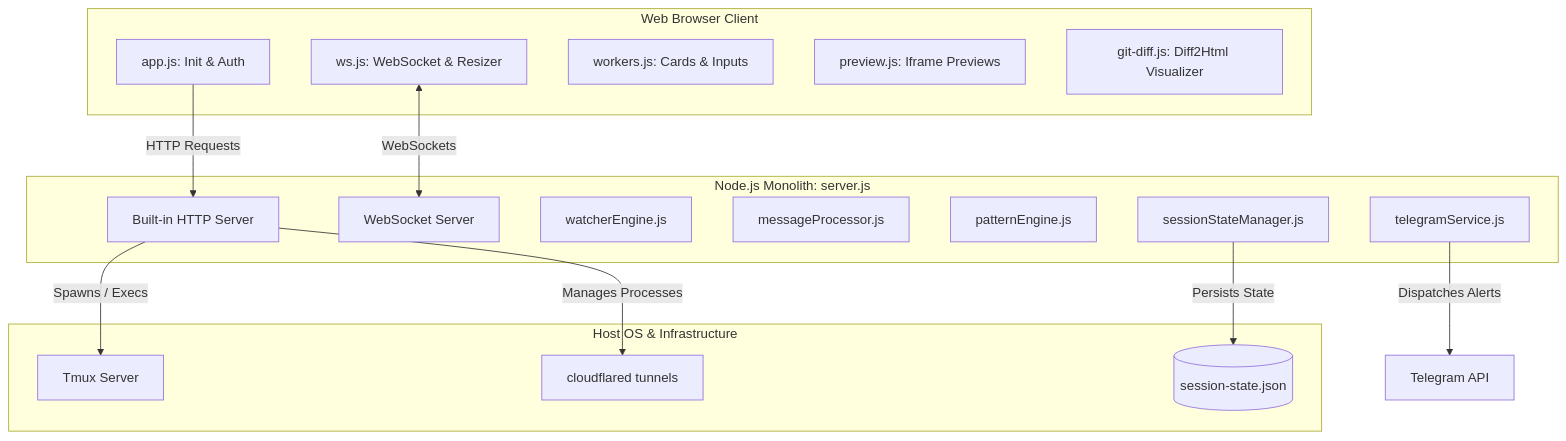
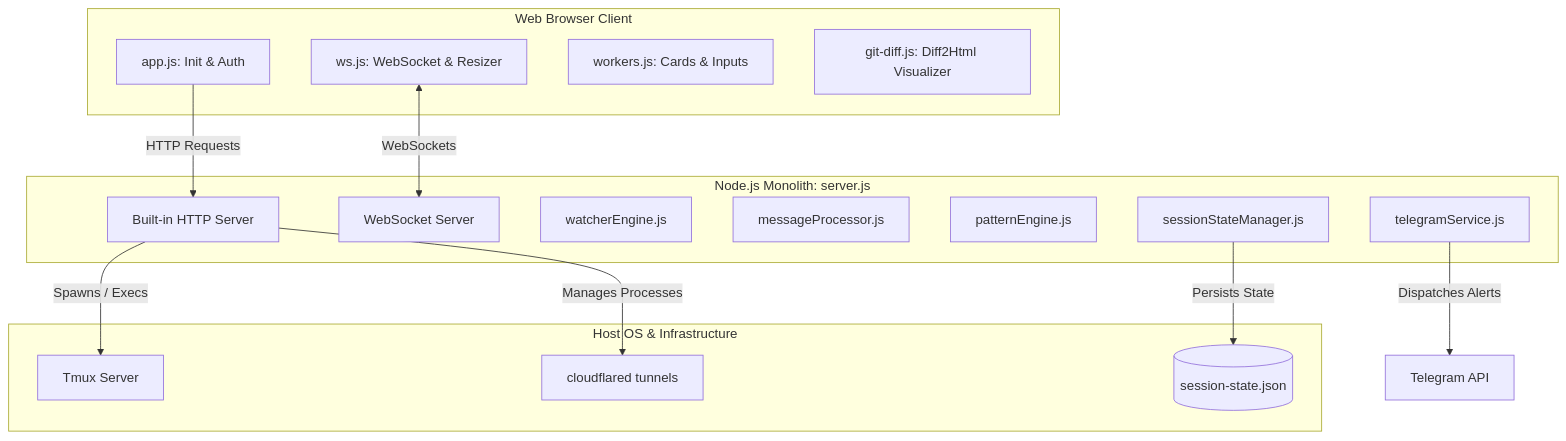
The first of 2 diagrams in docs/technical_spec.md (zr0aces/NexTmux), drawn with Mermaid before and after one commit. The commit also changed other lines of this file and 13 other files, not shown here.

````diff
--- a/docs/technical_spec.md
+++ b/docs/technical_spec.md
@@ -24,33 +23,32 @@
 ```mermaid
 graph TD
     subgraph Client [Web Browser Client]
         AppJS[app.js: Init & Auth]
         WSJS[ws.js: WebSocket & Resizer]
         WorkersJS[workers.js: Cards & Inputs]
-        PreviewJS[preview.js: Iframe Previews]
         DiffJS[git-diff.js: Diff2Html Visualizer]
     end
 
     subgraph Server [Node.js Monolith: server.js]
         HTTPServer[Built-in HTTP Server]
         WSServer[WebSocket Server]
         Watcher[watcherEngine.js]
         MsgProc[messageProcessor.js]
         PatEng[patternEngine.js]
         SessMgr[sessionStateManager.js]
         TGService[telegramService.js]
     end
 
     subgraph HostSystem [Host OS & Infrastructure]
         Tmux[Tmux Server]
         CF[cloudflared tunnels]
         StateFile[(session-state.json)]
     end
 
     AppJS -->|HTTP Requests| HTTPServer
     WSJS <-->|WebSockets| WSServer
     HTTPServer -->|Spawns / Execs| Tmux
     HTTPServer -->|Manages Processes| CF
     SessMgr -->|Persists State| StateFile
     TGService -->|Dispatches Alerts| Telegram[Telegram API]
 ```
````
